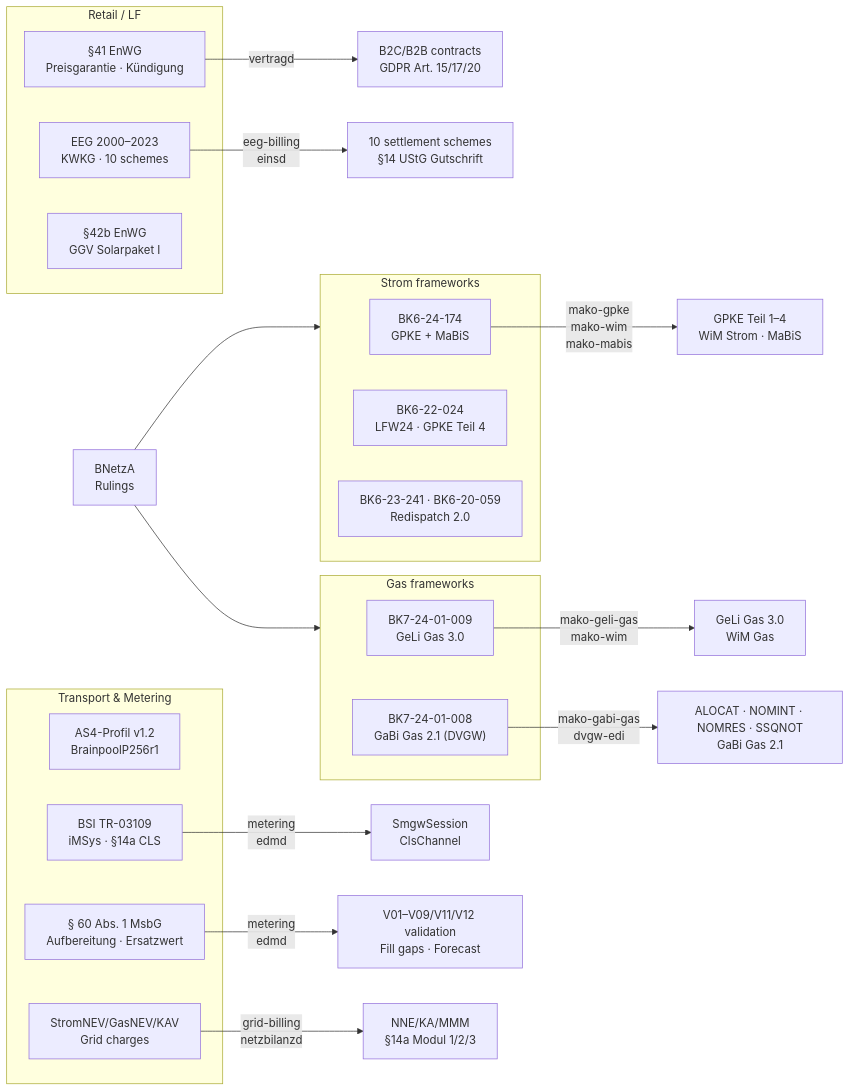
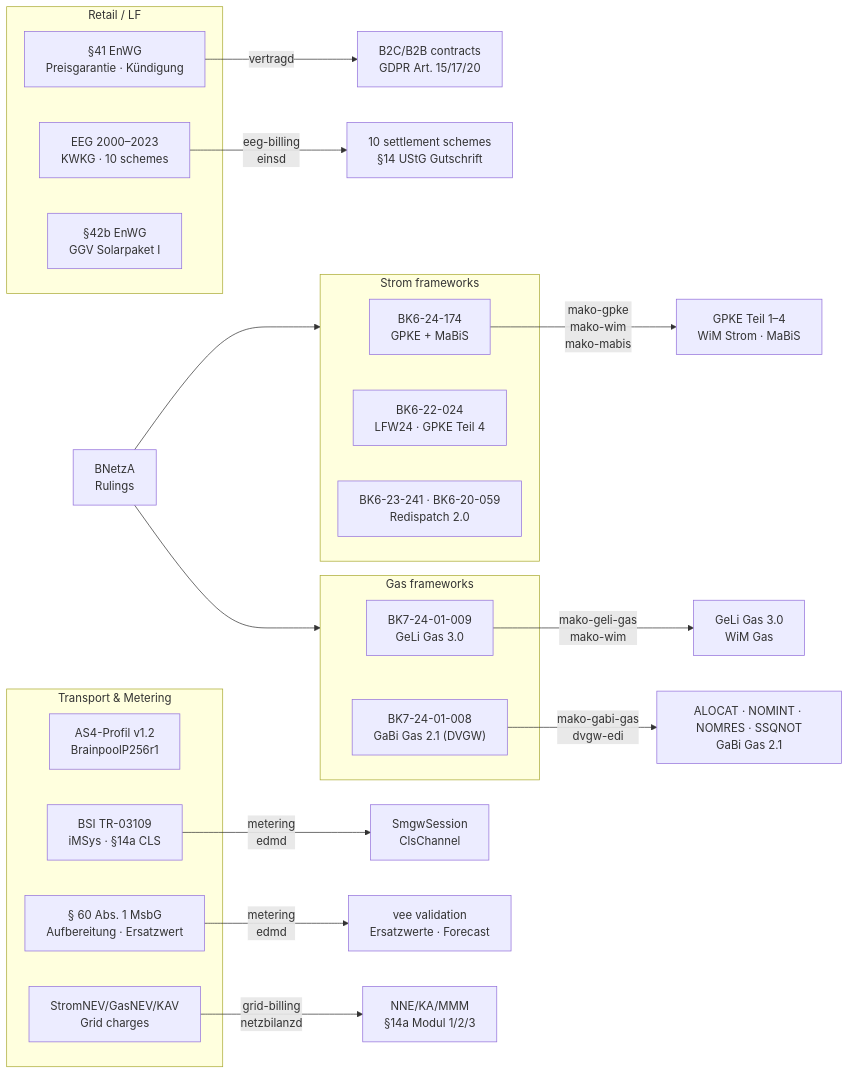
The diagram in site/content/docs/regulatory/_index.md (hupe1980/mako), drawn with Mermaid before and after one commit. The commit also changed other lines of this file and 67 other files, not shown here.

````diff
--- a/site/content/docs/regulatory/_index.md
+++ b/site/content/docs/regulatory/_index.md
@@ -23,40 +23,40 @@
 ```mermaid
 graph LR
     BNetzA["BNetzA<br/>Rulings"]
 
     subgraph strom ["Strom frameworks"]
         BK6_24["BK6-24-174<br/>GPKE + MaBiS"]
         BK6_22["BK6-22-024<br/>LFW24 · GPKE Teil 4"]
         BK6_20["BK6-23-241 · BK6-20-059<br/>Redispatch 2.0"]
     end
 
     subgraph gas ["Gas frameworks"]
         BK7_24["BK7-24-01-009<br/>GeLi Gas 3.0"]
         BK7_14["BK7-24-01-008<br/>GaBi Gas 2.1 (DVGW)"]
     end
 
     subgraph retail ["Retail / LF"]
         ENW41["§41 EnWG<br/>Preisgarantie · Kündigung"]
         EEG["EEG 2000–2023<br/>KWKG · 10 schemes"]
         SOLA["§42b EnWG<br/>GGV Solarpaket I"]
     end
 
     subgraph transport ["Transport & Metering"]
         AS4["AS4-Profil v1.2<br/>BrainpoolP256r1"]
         BSI["BSI TR-03109<br/>iMSys · §14a CLS"]
         MsbG["§ 60 Abs. 1 MsbG<br/>Aufbereitung · Ersatzwert"]
         NNNEV["StromNEV/GasNEV/KAV<br/>Grid charges"]
     end
 
     BNetzA --> strom
     BNetzA --> gas
 
     BK6_24 -->|"mako-gpke<br/>mako-wim<br/>mako-mabis"| GPKE_impl["GPKE Teil 1–4<br/>WiM Strom · MaBiS"]
     BK7_24 -->|"mako-geli-gas<br/>mako-wim"| GAS_impl["GeLi Gas 3.0<br/>WiM Gas"]
     BK7_14 -->|"mako-gabi-gas<br/>dvgw-edi"| DVGW_impl["ALOCAT · NOMINT · NOMRES · SSQNOT<br/>GaBi Gas 2.1"]
     ENW41 -->|"vertragd"| LF_impl["B2C/B2B contracts<br/>GDPR Art. 15/17/20"]
     EEG -->|"eeg-billing<br/>einsd"| EEG_impl["10 settlement schemes<br/>§14 UStG Gutschrift"]
     BSI -->|"metering<br/>edmd"| IOT_impl["SmgwSession<br/>ClsChannel"]
-    MsbG -->|"metering<br/>edmd"| SUB_impl["V01–V09/V11/V12 validation<br/>Fill gaps · Forecast"]
+    MsbG -->|"metering<br/>edmd"| SUB_impl["vee validation<br/>Ersatzwerte · Forecast"]
     NNNEV -->|"grid-billing<br/>netzbilanzd"| NNE_impl["NNE/KA/MMM<br/>§14a Modul 1/2/3"]
 ```
````
